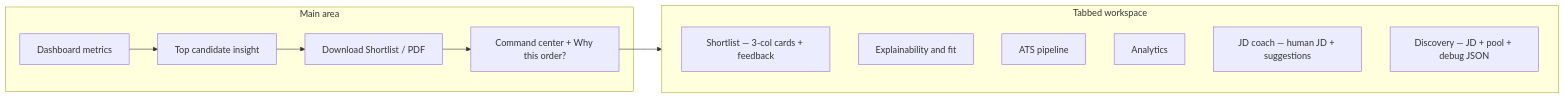
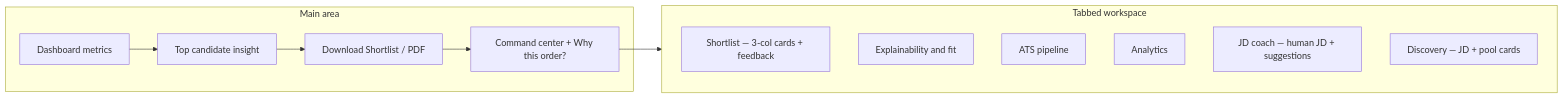
The fourth of 4 diagrams in README.md (nikithchowdaryachanta/ai-talent-scout), drawn with Mermaid before and after one commit. The commit also changed other lines of this file and 2 other files, not shown here.

````diff
--- a/README.md
+++ b/README.md
@@ -114,21 +120,21 @@
 ```mermaid
 flowchart LR
     subgraph Main["Main area"]
         D[Dashboard metrics]
         T[Top candidate insight]
         X[Download Shortlist / PDF]
         CC[Command center + Why this order?]
     end
     subgraph Tabs["Tabbed workspace"]
         S[Shortlist — 3-col cards + feedback]
         E[Explainability and fit]
         P[ATS pipeline]
         A[Analytics]
         J[JD coach — human JD + suggestions]
-        DIS[Discovery — JD + pool + debug JSON]
+        DIS[Discovery — JD + pool cards]
     end
     D --> T
     T --> X
     X --> CC
     CC --> Tabs
 ```
````
